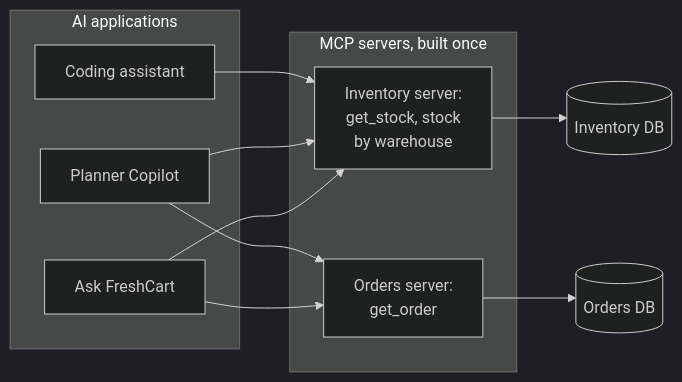
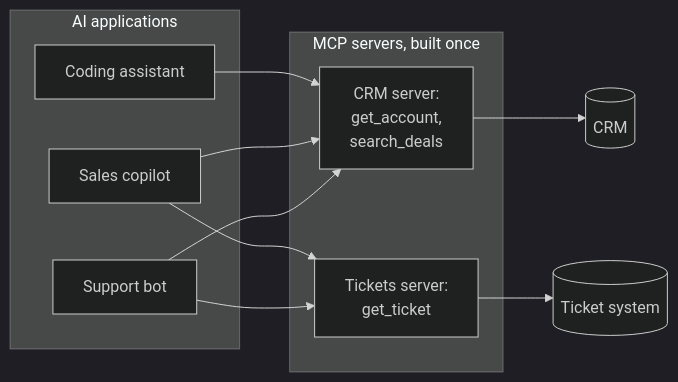
Before and after one commit to shubamchaudhary/CodeNITW: the tenth of 12 diagrams in src/Data/aiStackDocs/CH-12.md, drawn with Mermaid (dark theme). The commit also changed other lines of this file and 32 other files, not shown here.

````diff
--- a/src/Data/aiStackDocs/CH-12.md
+++ b/src/Data/aiStackDocs/CH-12.md
@@ -175,19 +175,19 @@
 ```mermaid
 flowchart LR
     subgraph HOSTS["AI applications"]
-        A1["Ask FreshCart"]
-        A2["Planner Copilot"]
+        A1["Support bot"]
+        A2["Sales copilot"]
         A3["Coding assistant"]
     end
     subgraph SERVERS["MCP servers, built once"]
-        S1["Inventory server:<br/>get_stock, stock<br/>by warehouse"]
-        S2["Orders server:<br/>get_order"]
+        S1["CRM server:<br/>get_account,<br/>search_deals"]
+        S2["Tickets server:<br/>get_ticket"]
     end
     A1 --> S1
     A2 --> S1
     A3 --> S1
     A1 --> S2
     A2 --> S2
-    S1 --> DB1[("Inventory DB")]
-    S2 --> DB2[("Orders DB")]
+    S1 --> DB1[("CRM")]
+    S2 --> DB2[("Ticket system")]
 ```
````
